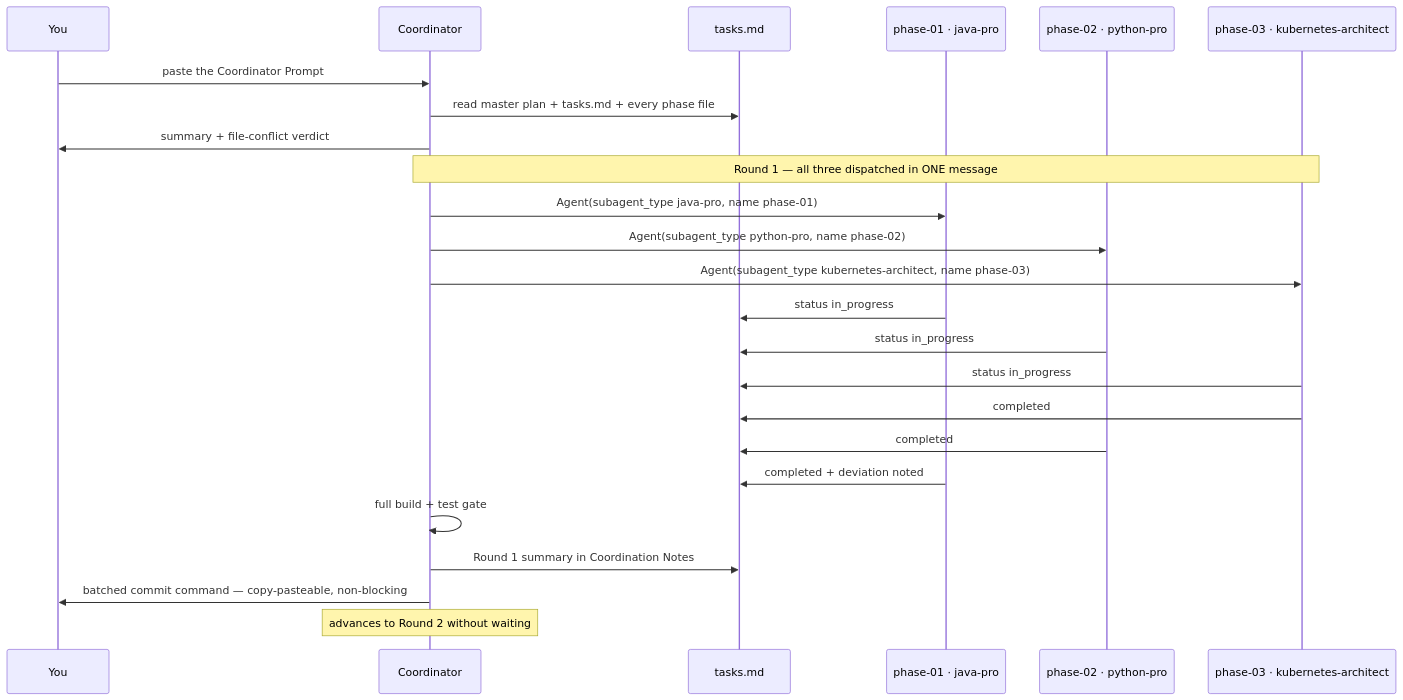
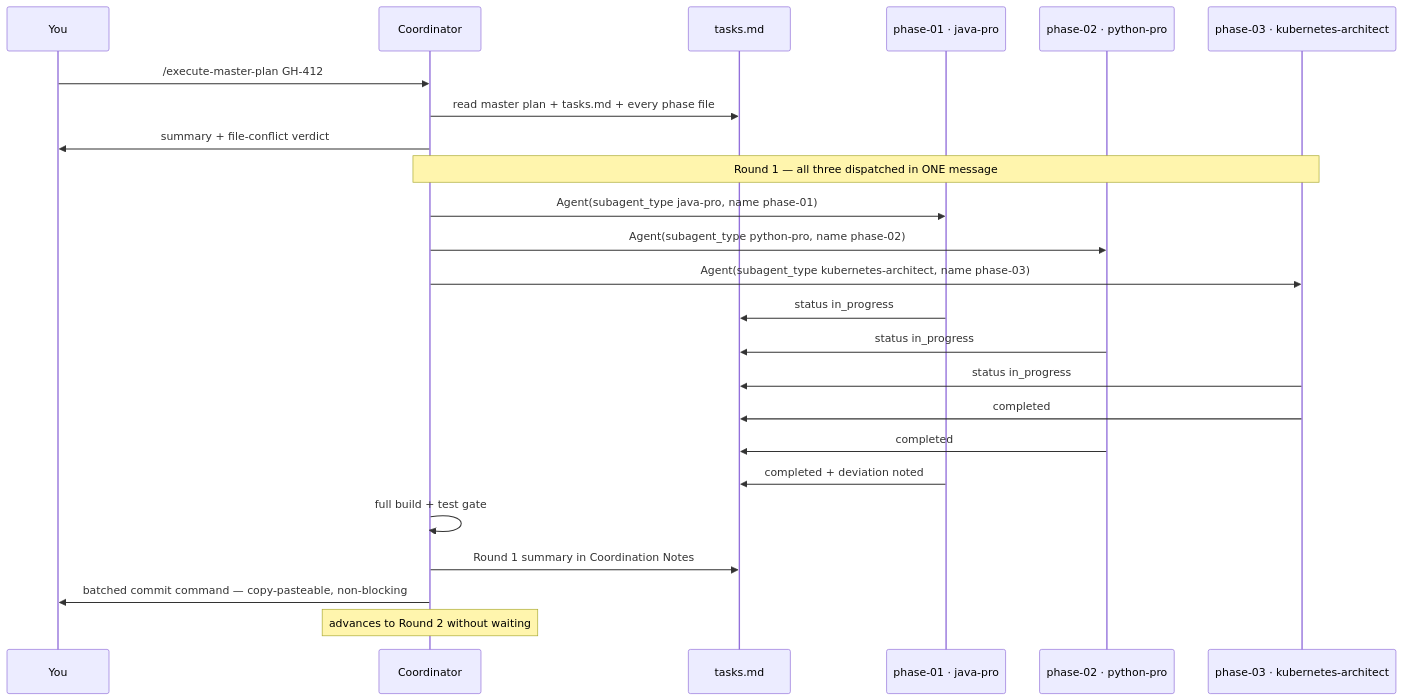
Before and after one commit to necofx/necofx-claude-marketplace: the seventh of 13 diagrams in docs/master-plan-pack/TUTORIAL.md, drawn with Mermaid. The commit also changed other lines of this file and 15 other files, not shown here.

````diff
--- a/docs/master-plan-pack/TUTORIAL.md
+++ b/docs/master-plan-pack/TUTORIAL.md
@@ -666,31 +676,31 @@
 ```mermaid
 sequenceDiagram
     participant U as You
     participant C as Coordinator
     participant T as tasks.md
     participant P1 as phase-01 · java-pro
     participant P2 as phase-02 · python-pro
     participant P3 as phase-03 · kubernetes-architect
 
-    U->>C: paste the Coordinator Prompt
+    U->>C: /execute-master-plan GH-412
     C->>T: read master plan + tasks.md + every phase file
     C->>U: summary + file-conflict verdict
 
     Note over C,P3: Round 1 — all three dispatched in ONE message
     C->>P1: Agent(subagent_type java-pro, name phase-01)
     C->>P2: Agent(subagent_type python-pro, name phase-02)
     C->>P3: Agent(subagent_type kubernetes-architect, name phase-03)
 
     P1->>T: status in_progress
     P2->>T: status in_progress
     P3->>T: status in_progress
 
     P3->>T: completed
     P2->>T: completed
     P1->>T: completed + deviation noted
 
     C->>C: full build + test gate
     C->>T: Round 1 summary in Coordination Notes
     C->>U: batched commit command — copy-pasteable, non-blocking
     Note over C: advances to Round 2 without waiting
 ```
````
